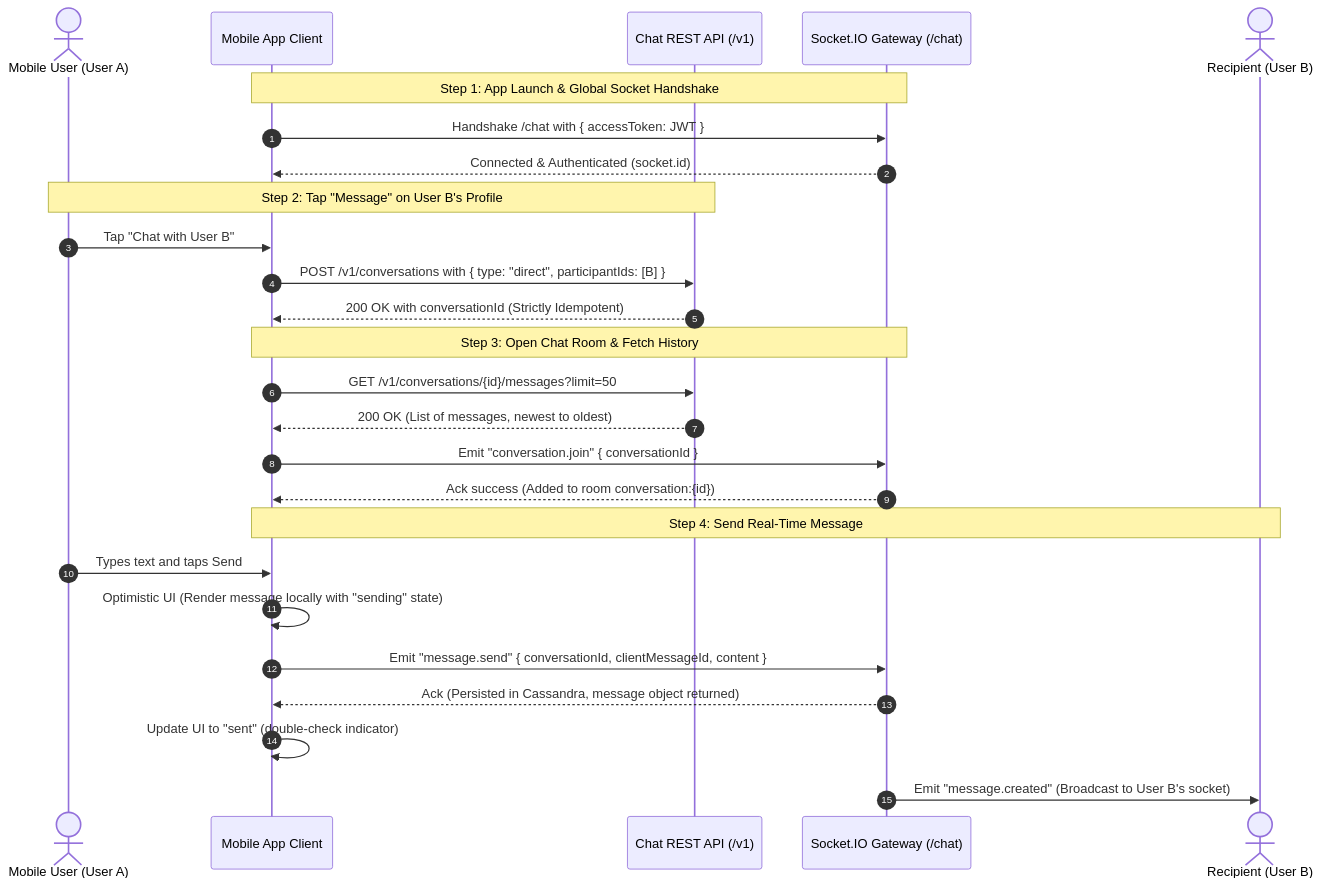
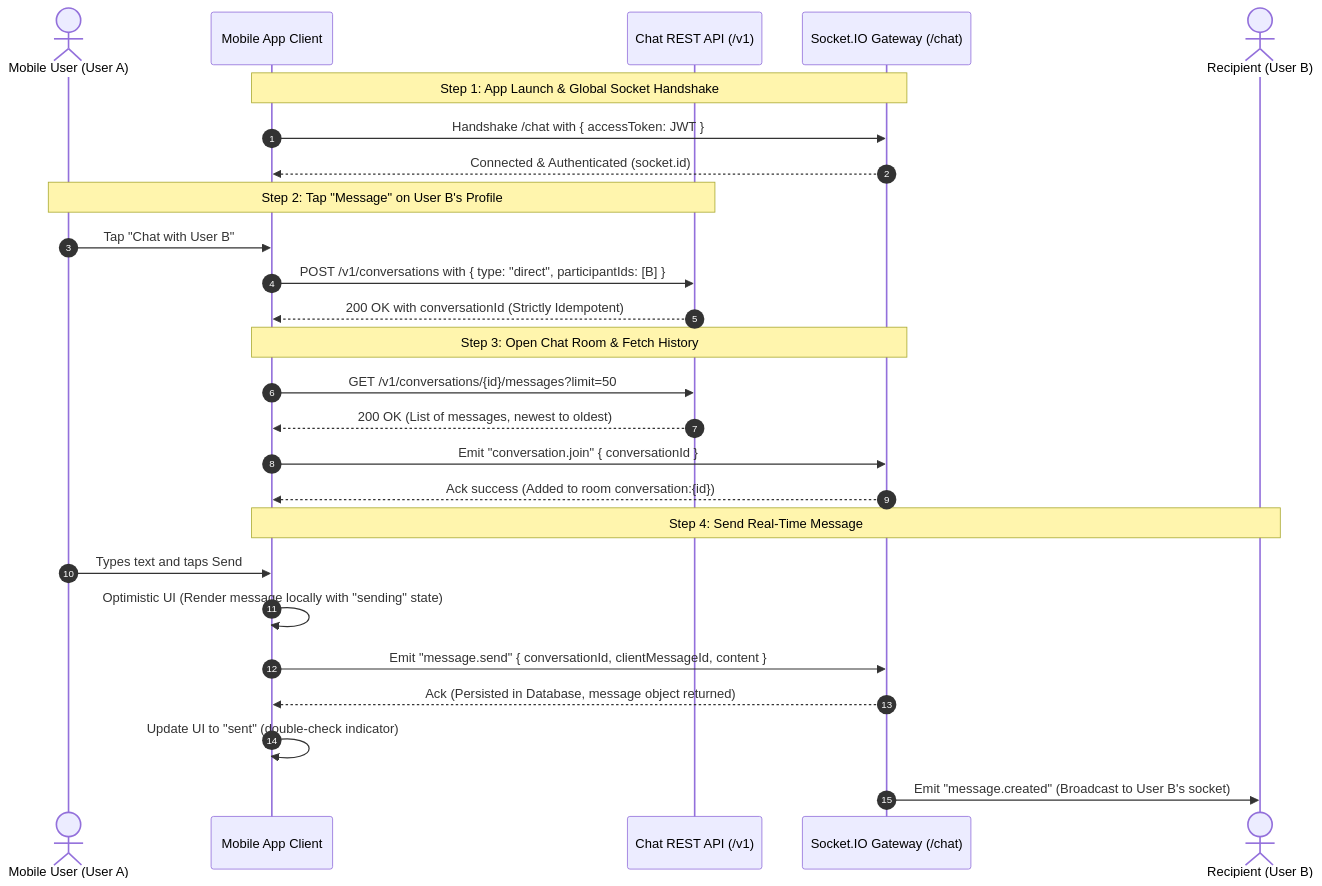
Before and after one commit to kordeviant/datemate-slim: the diagram in docs/MOBILE_CHAT_SCENARIO_FA.md, drawn with Mermaid. The commit also changed other lines of this file and 10 other files, not shown here.

First line of the commit message:
docs: synchronize architecture and deployment guides with Go modular monolith

````diff
--- a/docs/MOBILE_CHAT_SCENARIO_FA.md
+++ b/docs/MOBILE_CHAT_SCENARIO_FA.md
@@ -9,32 +9,32 @@
 ```mermaid
 sequenceDiagram
     autonumber
     actor User as Mobile User (User A)
     participant App as Mobile App Client
     participant REST as Chat REST API (/v1)
     participant WS as Socket.IO Gateway (/chat)
     actor Other as Recipient (User B)
 
     Note over App, WS: Step 1: App Launch & Global Socket Handshake
     App->>WS: Handshake /chat with { accessToken: JWT }
     WS-->>App: Connected & Authenticated (socket.id)
 
     Note over User, REST: Step 2: Tap "Message" on User B's Profile
     User->>App: Tap "Chat with User B"
     App->>REST: POST /v1/conversations with { type: "direct", participantIds: [B] }
     REST-->>App: 200 OK with conversationId (Strictly Idempotent)
 
     Note over App, WS: Step 3: Open Chat Room & Fetch History
     App->>REST: GET /v1/conversations/{id}/messages?limit=50
     REST-->>App: 200 OK (List of messages, newest to oldest)
     App->>WS: Emit "conversation.join" { conversationId }
     WS-->>App: Ack success (Added to room conversation:{id})
 
     Note over App, Other: Step 4: Send Real-Time Message
     User->>App: Types text and taps Send
     App->>App: Optimistic UI (Render message locally with "sending" state)
     App->>WS: Emit "message.send" { conversationId, clientMessageId, content }
-    WS-->>App: Ack (Persisted in Cassandra, message object returned)
+    WS-->>App: Ack (Persisted in Database, message object returned)
     App->>App: Update UI to "sent" (double-check indicator)
     WS->>Other: Emit "message.created" (Broadcast to User B's socket)
 ```
````
